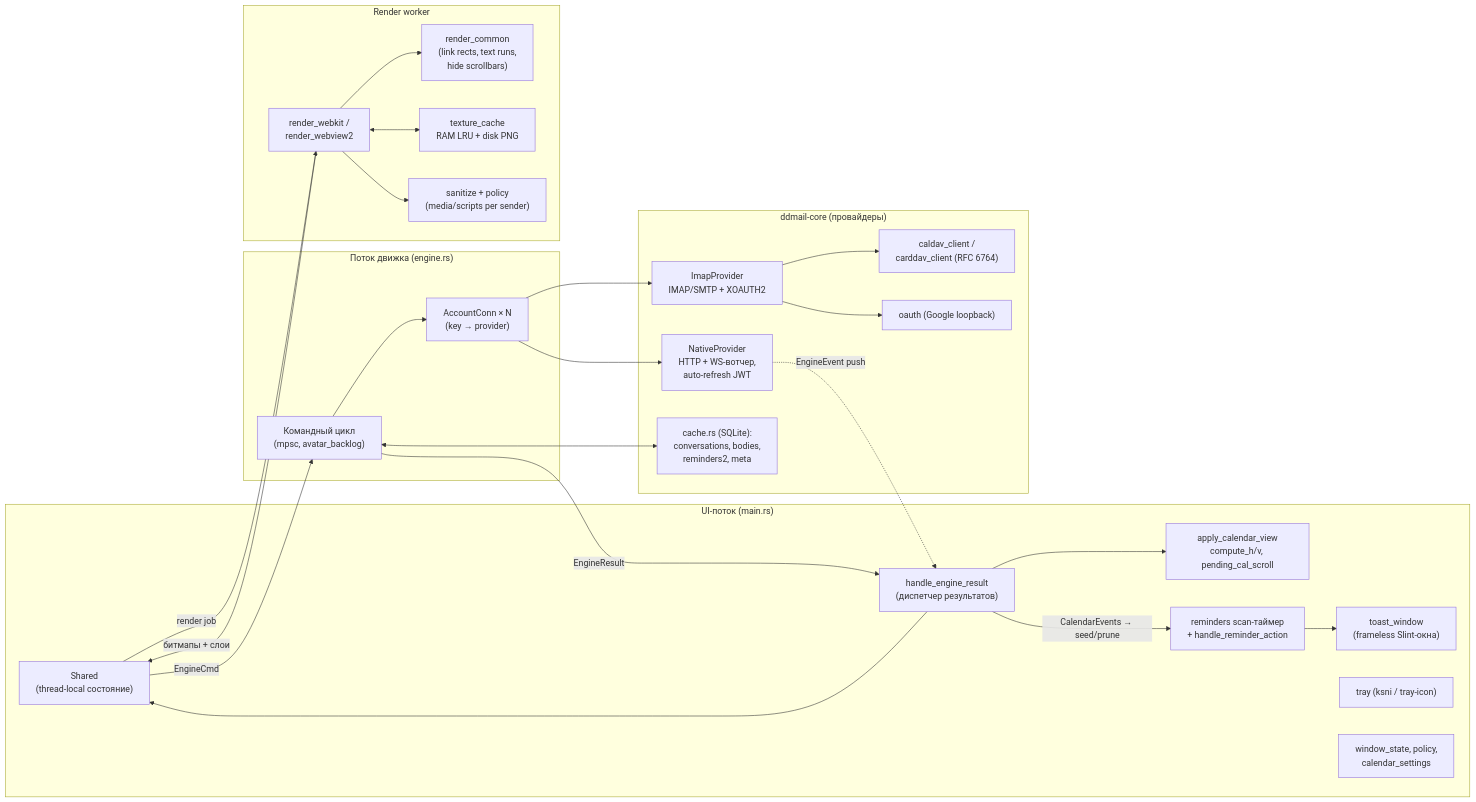
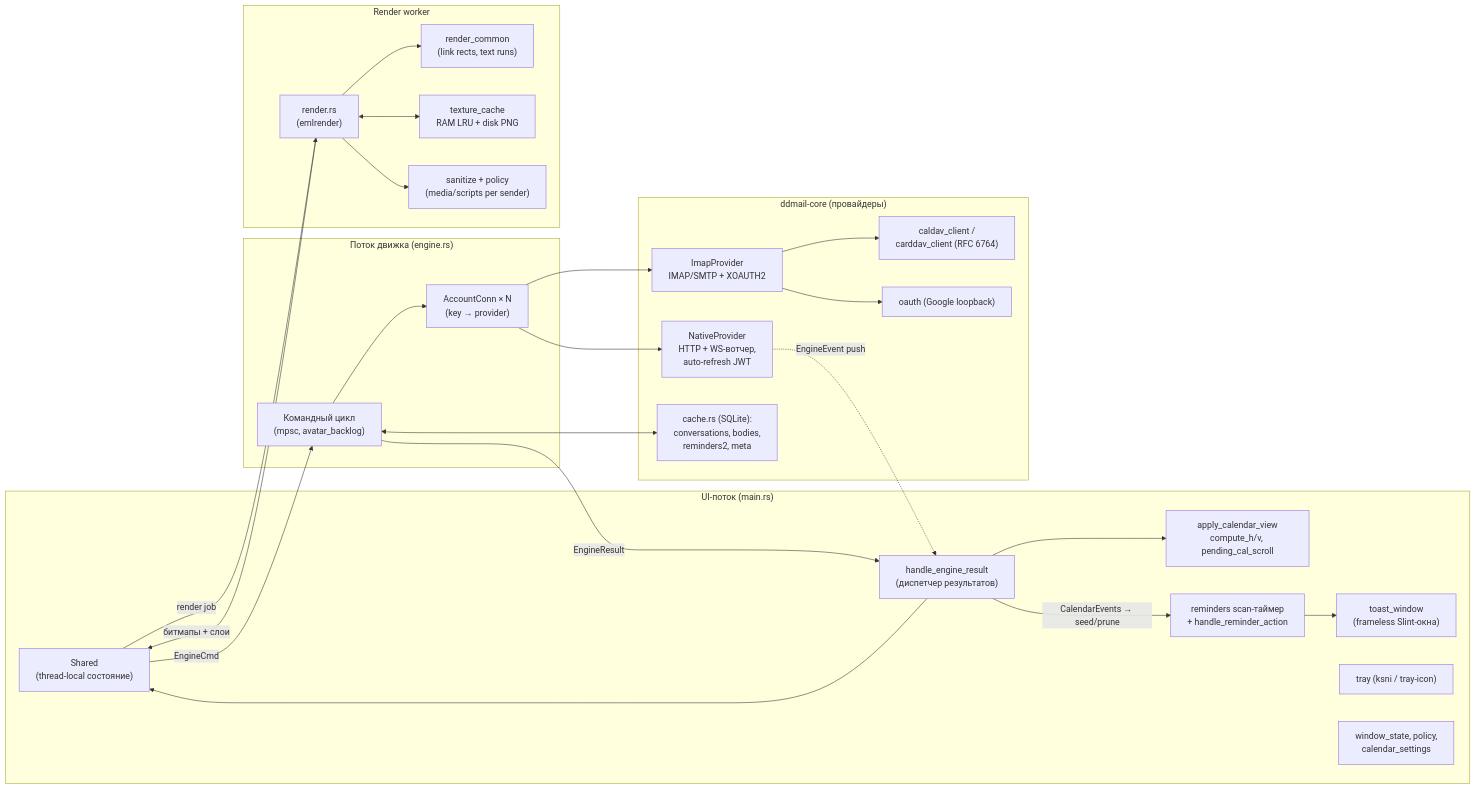
Before and after one commit to ddletotam/ddmailserver: the second of 5 diagrams in docs/desktop-architecture.md, drawn with Mermaid. The commit also changed other lines of this file and 11 other files, not shown here.

````diff
--- a/docs/desktop-architecture.md
+++ b/docs/desktop-architecture.md
@@ -92,47 +93,47 @@
 ```mermaid
 flowchart LR
     subgraph uithread["UI-поток (main.rs)"]
         shared["Shared<br/>(thread-local состояние)"]
         her["handle_engine_result<br/>(диспетчер результатов)"]
         calview["apply_calendar_view<br/>compute_h/v, pending_cal_scroll"]
         remsched["reminders scan-таймер<br/>+ handle_reminder_action"]
         toasts["toast_window<br/>(frameless Slint-окна)"]
         tray["tray (ksni / tray-icon)"]
         winstate["window_state, policy,<br/>calendar_settings"]
     end
 
     subgraph enginethread["Поток движка (engine.rs)"]
         loop_["Командный цикл<br/>(mpsc, avatar_backlog)"]
         conns["AccountConn × N<br/>(key → provider)"]
     end
 
     subgraph core["ddmail-core (провайдеры)"]
         native["NativeProvider<br/>HTTP + WS-вотчер,<br/>auto-refresh JWT"]
         imapp["ImapProvider<br/>IMAP/SMTP + XOAUTH2"]
         caldav["caldav_client /<br/>carddav_client (RFC 6764)"]
         oauth["oauth (Google loopback)"]
         cachemod["cache.rs (SQLite):<br/>conversations, bodies,<br/>reminders2, meta"]
     end
 
     subgraph renderthread["Render worker"]
-        rengine["render_webkit /<br/>render_webview2"]
-        rcommon["render_common<br/>(link rects, text runs,<br/>hide scrollbars)"]
+        rengine["render.rs<br/>(emlrender)"]
+        rcommon["render_common<br/>(link rects, text runs)"]
         texc["texture_cache<br/>RAM LRU + disk PNG"]
         sanitize["sanitize + policy<br/>(media/scripts per sender)"]
     end
 
     shared -->|EngineCmd| loop_
     loop_ --> conns
     conns --> native & imapp
     imapp --> caldav & oauth
     loop_ <--> cachemod
     loop_ -->|EngineResult| her
     native -.->|EngineEvent push| her
     her --> calview & shared
     remsched --> toasts
     her -->|"CalendarEvents → seed/prune"| remsched
     shared -->|render job| rengine
     rengine --> rcommon & sanitize
     rengine <--> texc
     rengine -->|битмапы + слои| shared
 ```
````
